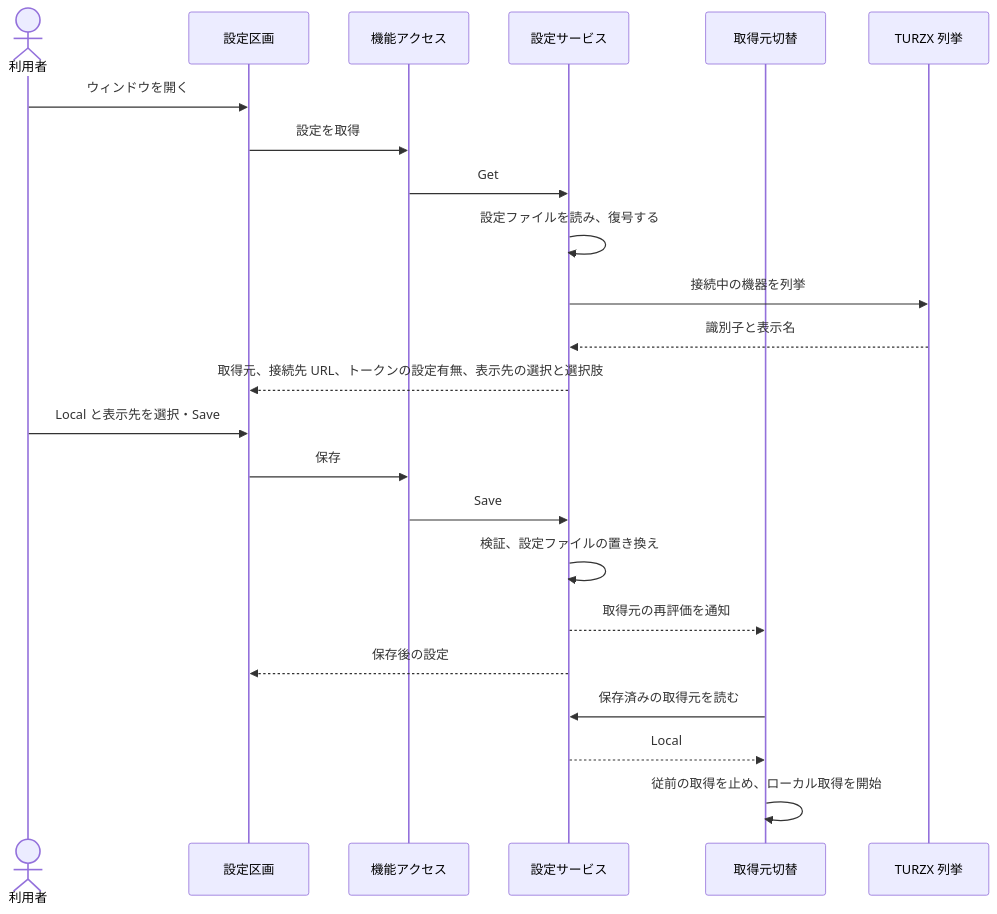
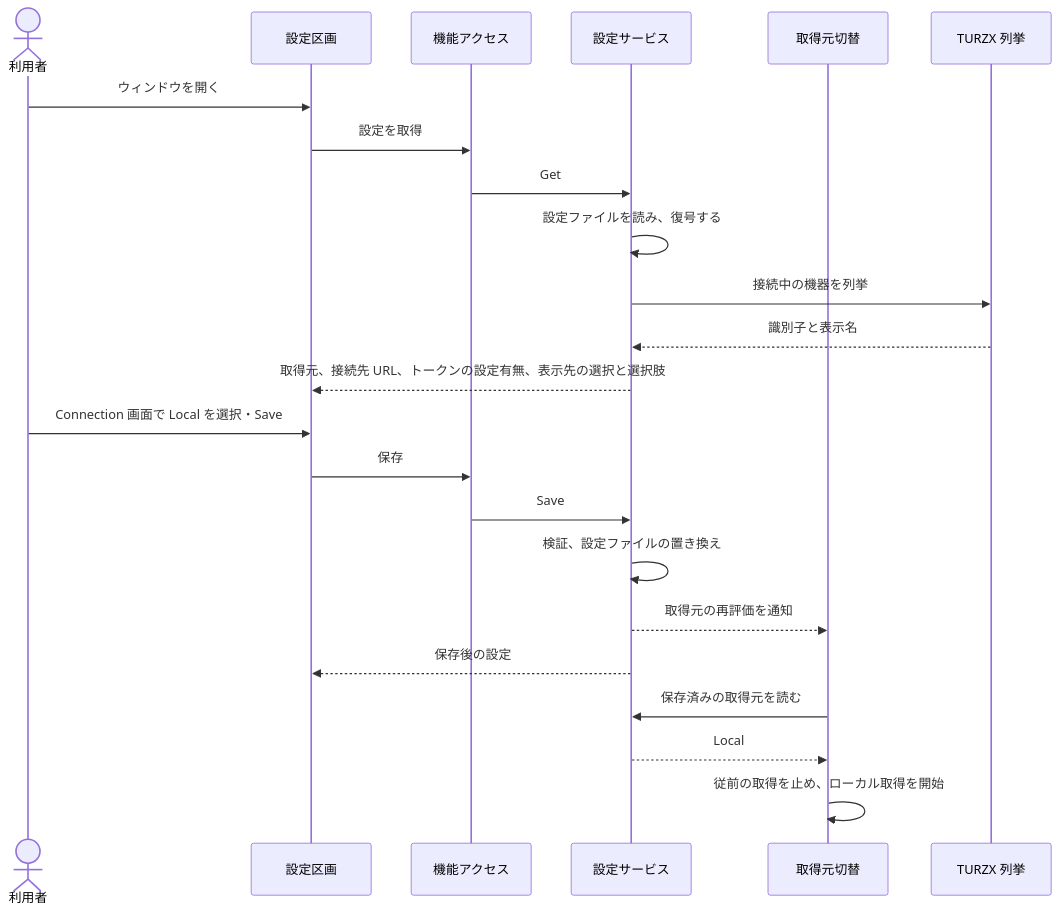
Before and after one commit to nuitsjp/token-dashboard: the diagram in docs/design/UCP-2.md, drawn with Mermaid. The commit also changed other lines of this file and 15 other files, not shown here.

````diff
--- a/docs/design/UCP-2.md
+++ b/docs/design/UCP-2.md
@@ -13,25 +13,25 @@
 ```mermaid
 sequenceDiagram
   actor User as 利用者
   participant UI as 設定区画
   participant Q as 機能アクセス
   participant S as 設定サービス
   participant A as 取得元切替
   participant T as TURZX 列挙
   User->>UI: ウィンドウを開く
   UI->>Q: 設定を取得
   Q->>S: Get
   S->>S: 設定ファイルを読み、復号する
   S->>T: 接続中の機器を列挙
   T-->>S: 識別子と表示名
   S-->>UI: 取得元、接続先 URL、トークンの設定有無、表示先の選択と選択肢
-  User->>UI: Local と表示先を選択・Save
+  User->>UI: Connection 画面で Local を選択・Save
   UI->>Q: 保存
   Q->>S: Save
   S->>S: 検証、設定ファイルの置き換え
   S-->>A: 取得元の再評価を通知
   S-->>UI: 保存後の設定
   A->>S: 保存済みの取得元を読む
   S-->>A: Local
   A->>A: 従前の取得を止め、ローカル取得を開始
 ```
````
